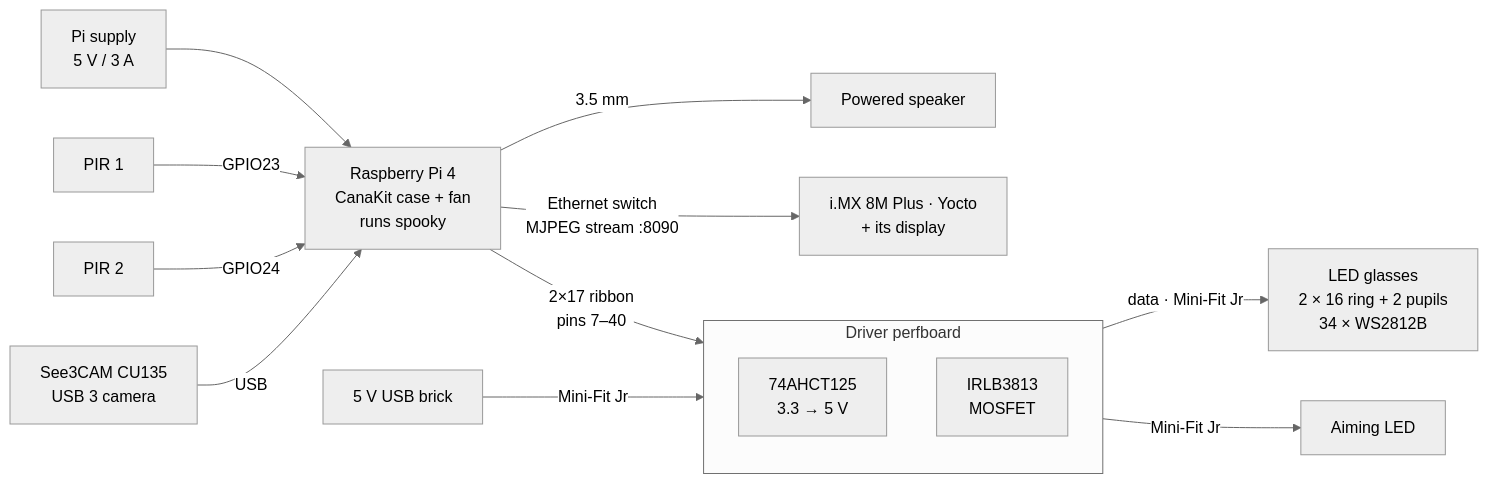
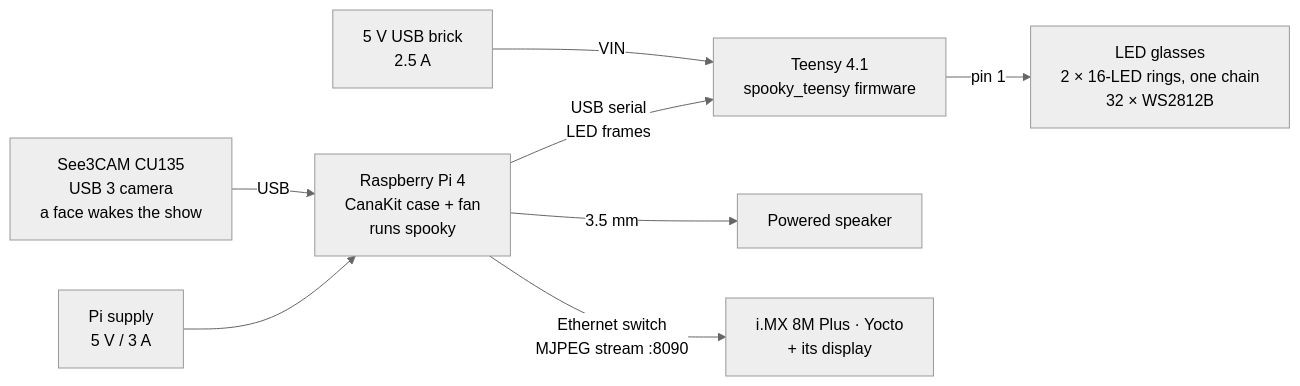
The diagram in docs/diagrams/hardware.mmd (mxmrsn/spooky-pi), drawn with Mermaid (neutral theme) before and after one commit. The commit also changed 32 other files, not shown here.

First line of the commit message:
Teensy LED driver, face-triggered show and a live camera screen

```diff
--- a/docs/diagrams/hardware.mmd
+++ b/docs/diagrams/hardware.mmd
@@ -1,17 +1,10 @@
 flowchart LR
     PSU["Pi supply<br/>5 V / 3 A"] --> PI
-    PIR1["PIR 1"] -- GPIO23 --> PI
-    PIR2["PIR 2"] -- GPIO24 --> PI
-    CAM["See3CAM CU135<br/>USB 3 camera"] -- USB --> PI
+    CAM["See3CAM CU135<br/>USB 3 camera<br/>a face wakes the show"] -- USB --> PI
     PI["Raspberry Pi 4<br/>CanaKit case + fan<br/>runs spooky"]
-    PI -- "2×17 ribbon<br/>pins 7–40" --> BOARD
-    USB5["5 V USB brick"] -- "Mini-Fit Jr" --> BOARD
-    subgraph BOARD["Driver perfboard"]
-        direction TB
-        LS["74AHCT125<br/>3.3 → 5 V"]
-        Q["IRLB3813<br/>MOSFET"]
-    end
-    LS -- "data · Mini-Fit Jr" --> RING["LED glasses<br/>2 × 16 ring + 2 pupils<br/>34 × WS2812B"]
-    Q -- "Mini-Fit Jr" --> AIM["Aiming LED"]
+    PI -- "USB serial<br/>LED frames" --> TEENSY
+    USB5["5 V USB brick<br/>2.5 A"] -- "VIN" --> TEENSY
+    TEENSY["Teensy 4.1<br/>spooky_teensy firmware"]
+    TEENSY -- "pin 1" --> RING["LED glasses<br/>2 × 16-LED rings, one chain<br/>32 × WS2812B"]
     PI -- "3.5 mm" --> SPK["Powered speaker"]
     PI -- "Ethernet switch<br/>MJPEG stream :8090" --> DISP["i.MX 8M Plus · Yocto<br/>+ its display"]
```
